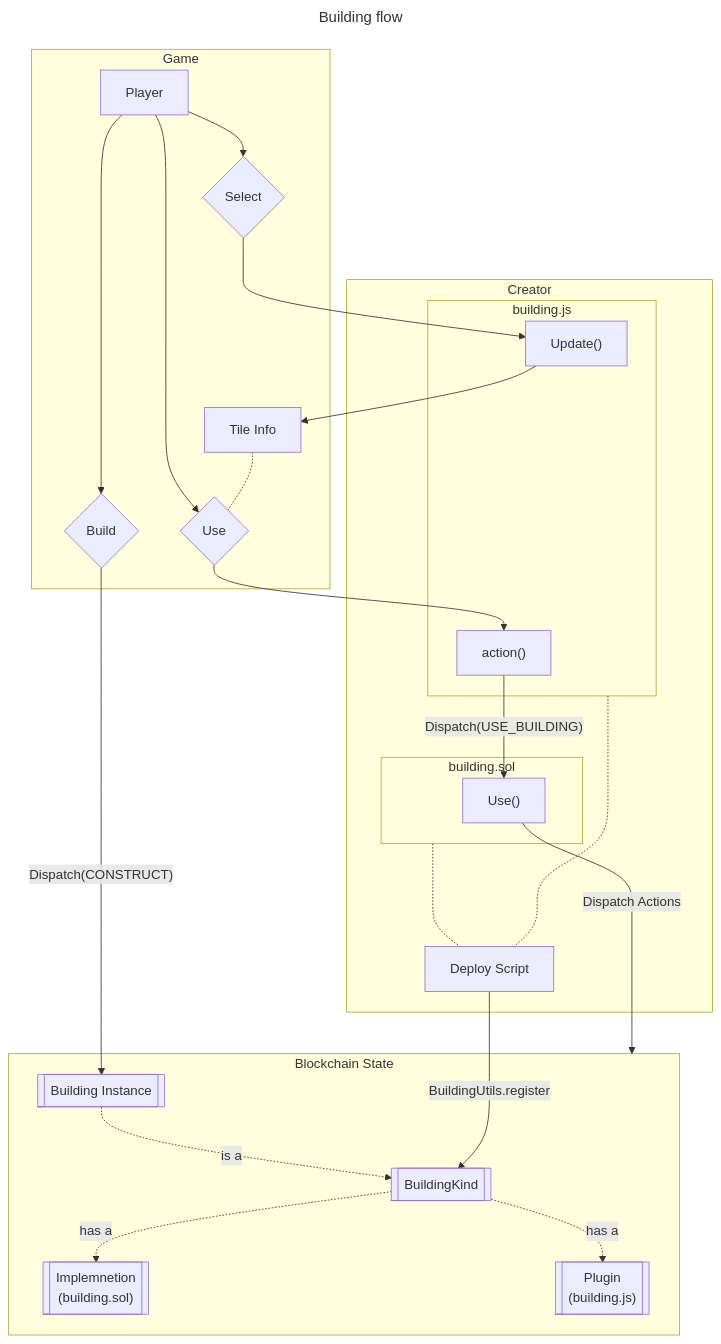
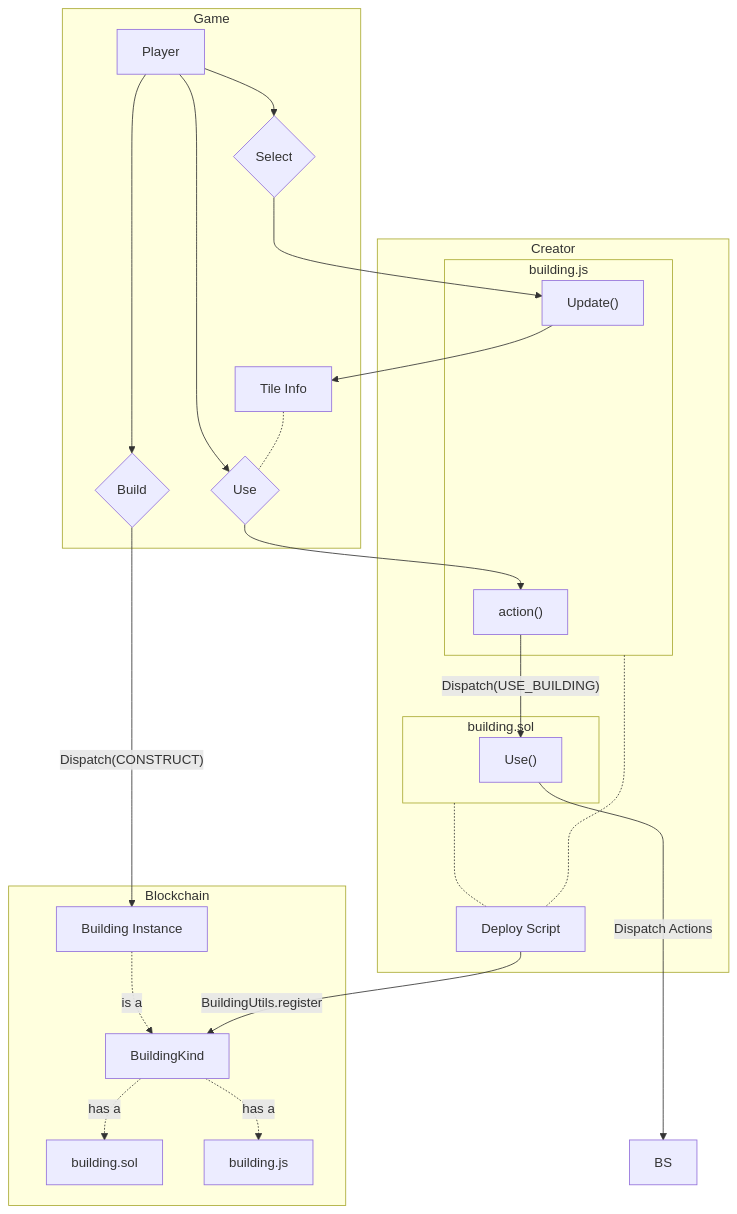
The diagram in docs/code-docs/extending-downstream.md (playmint/ds), drawn with Mermaid before and after one commit. The commit also changed 1 other file, not shown here.

Commit message:
generate mermaid at buildtime

````diff
--- a/docs/code-docs/extending-downstream.md
+++ b/docs/code-docs/extending-downstream.md
@@ -53,41 +53,37 @@
 ```mermaid
----
-title: Building flow
----
-
 flowchart 
-	subgraph BS [Blockchain State]
-		S1[[BuildingKind]]
-		S2[[Building Instance]]
-		S3[["Implemnetion\n(building.sol)"]]
-		S4[["Plugin\n(building.js)"]]
+	subgraph Blockchain
+		S1[BuildingKind]
+		S2[Building Instance]
+		S3[building.sol]
+		S4[building.js]
 		S1-."has a".->S3
 		S1-."has a".->S4
 		S2-."is a".->S1
 	end
 
 	subgraph Creator
 		subgraph CS [building.sol]
 			CS1["Use()"]
 		end
 		subgraph CJ [building.js]
 			CJ1["Update()"]
 			CJ2["action()"]
 		end
 		C1[Deploy Script]
 		CS-..-C1
 		CJ-..-C1
 	end
 
 	subgraph Game
-			G5[Tile Info]
-			G1[Player] --> G2{Build}--"Dispatch(CONSTRUCT)"-->S2		
-			G1 -->G3{Select}-->CJ1
-			G1 -->G4{Use}-->CJ2--"Dispatch(USE_BUILDING)"-->CS1		
-			G5 -.-G4
-		end
+        G5[Tile Info]
+        G1[Player] --> G2{Build}--"Dispatch(CONSTRUCT)"-->S2		
+        G1 -->G3{Select}-->CJ1
+        G1 -->G4{Use}-->CJ2--"Dispatch(USE_BUILDING)"-->CS1		
+        G5 -.-G4
+    end
 	
 	CJ1-->G5
 	C1--"BuildingUtils.register"-->S1
 	CS1--"Dispatch Actions"----->BS
 ```
````
